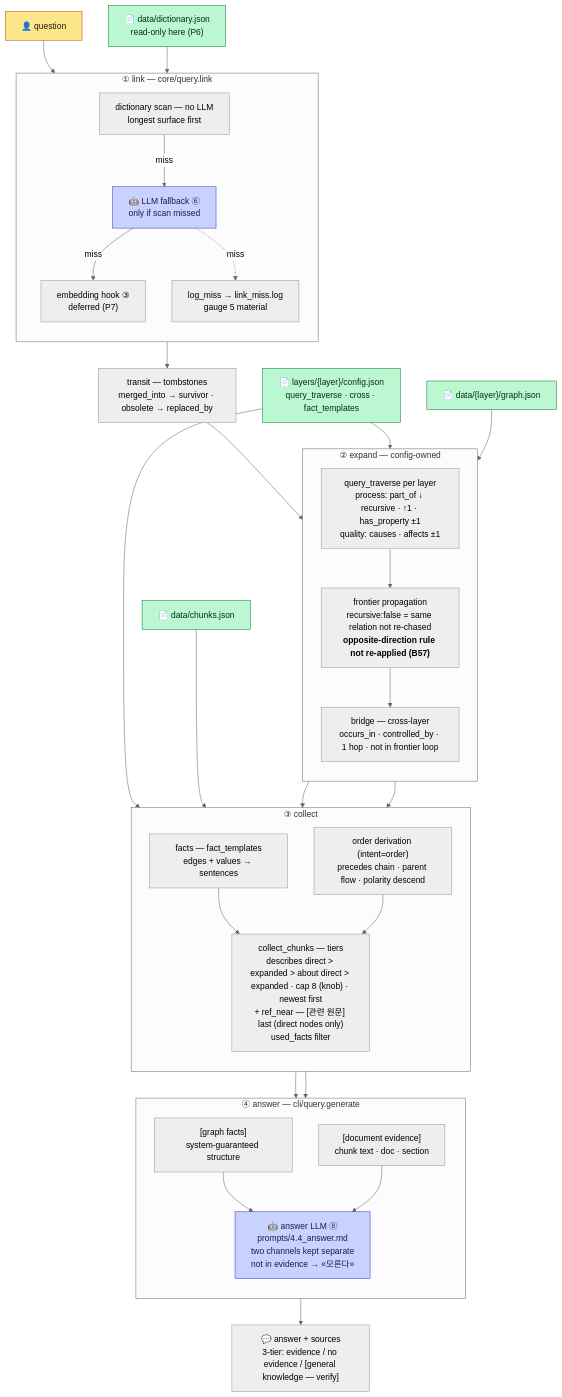
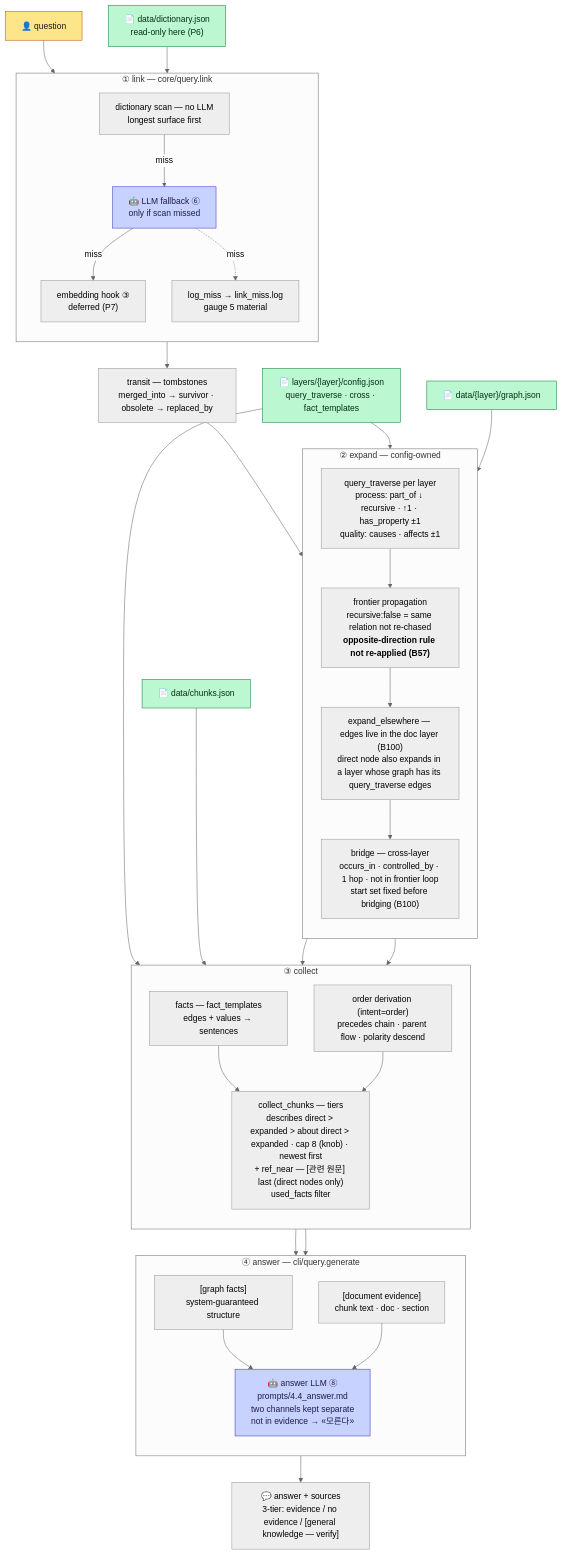
The diagram in docs/구조도/04_질의.md (playjae0/ontology_system), drawn with Mermaid (neutral theme) before and after one commit. The commit also changed 17 other files, not shown here.

First line of the commit message:
B100 진행 중 ⑤⑥⑦ — 골격 밖 반복 판정 기억(memo) · 재시도 지문에 골격·사전 판 · bootstrap 보류 줄 · 가이드·구조도 · D-181 · B97 장부 이관·요청문 삭제

````diff
--- a/docs/구조도/04_질의.md
+++ b/docs/구조도/04_질의.md
@@ -10,63 +10,64 @@
 ```mermaid
 flowchart TD
   QN["👤 question"]
 
   subgraph L["① link — core/query.link"]
     direction TB
     L1["dictionary scan — no LLM<br/>longest surface first"]
     L2["🤖 LLM fallback ⑥<br/>only if scan missed"]
     L3["embedding hook ③<br/>deferred (P7)"]
     L1 -- "miss" --> L2 -- "miss" --> L3
     LM["log_miss → link_miss.log<br/>gauge 5 material"]
     L2 -. "miss" .-> LM
   end
   QN --> L1
 
   TR["transit — tombstones<br/>merged_into → survivor · obsolete → replaced_by"]
   L --> TR
 
   subgraph E["② expand — config-owned"]
     direction TB
     E1["query_traverse per layer<br/>process: part_of ↓ recursive · ↑1 · has_property ±1<br/>quality: causes · affects ±1"]
     E2["frontier propagation<br/>recursive:false = same relation not re-chased<br/><b>opposite-direction rule not re-applied (B57)</b>"]
-    E3["bridge — cross-layer<br/>occurs_in · controlled_by · 1 hop · not in frontier loop"]
-    E1 --> E2 --> E3
+    E4["expand_elsewhere — edges live in the doc layer (B100)<br/>direct node also expands in a layer whose graph has its query_traverse edges"]
+    E3["bridge — cross-layer<br/>occurs_in · controlled_by · 1 hop · not in frontier loop<br/>start set fixed before bridging (B100)"]
+    E1 --> E2 --> E4 --> E3
   end
   TR --> E1
 
   subgraph C["③ collect"]
     direction TB
     C1["facts — fact_templates<br/>edges + values → sentences"]
     C2["order derivation (intent=order)<br/>precedes chain · parent flow · polarity descend"]
     C3["collect_chunks — tiers<br/>describes direct > expanded > about direct > expanded · cap 8 (knob) · newest first<br/>+ ref_near — [관련 원문] last (direct nodes only)<br/>used_facts filter"]
     C1 --> C3
     C2 --> C3
   end
   E --> C1
   E --> C2
 
   subgraph A["④ answer — cli/query.generate"]
     direction TB
     CH1["[graph facts]<br/>system-guaranteed structure"]
     CH2["[document evidence]<br/>chunk text · doc · section"]
     AN["🤖 answer LLM ⑧<br/>prompts/4.4_answer.md<br/>two channels kept separate<br/>not in evidence → «모른다»"]
     CH1 --> AN
     CH2 --> AN
   end
   C3 --> CH1
   C3 --> CH2
   AN --> OUT["💬 answer + sources<br/>3-tier: evidence / no evidence / [general knowledge — verify]"]
 
   CFG["📄 layers/{layer}/config.json<br/>query_traverse · cross · fact_templates"] --> E1
   CFG --> C1
   DICT["📄 data/dictionary.json<br/>read-only here (P6)"] --> L1
   GR["📄 data/{layer}/graph.json"] --> E1
   CK["📄 data/chunks.json"] --> C3
 
   classDef llm fill:#c7d2fe,stroke:#4338ca,color:#1e1b4b
   classDef asset fill:#bbf7d0,stroke:#15803d,color:#052e16
   classDef human fill:#fde68a,stroke:#b45309,color:#1c1917
   class L2,AN llm
   class CFG,DICT,GR,CK asset
   class QN human
 ```
````
